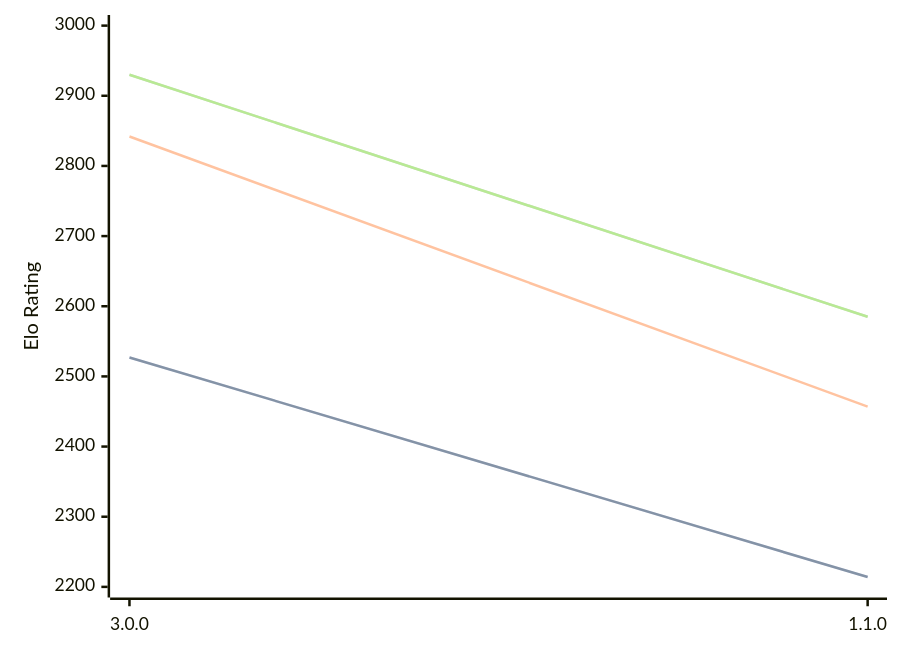
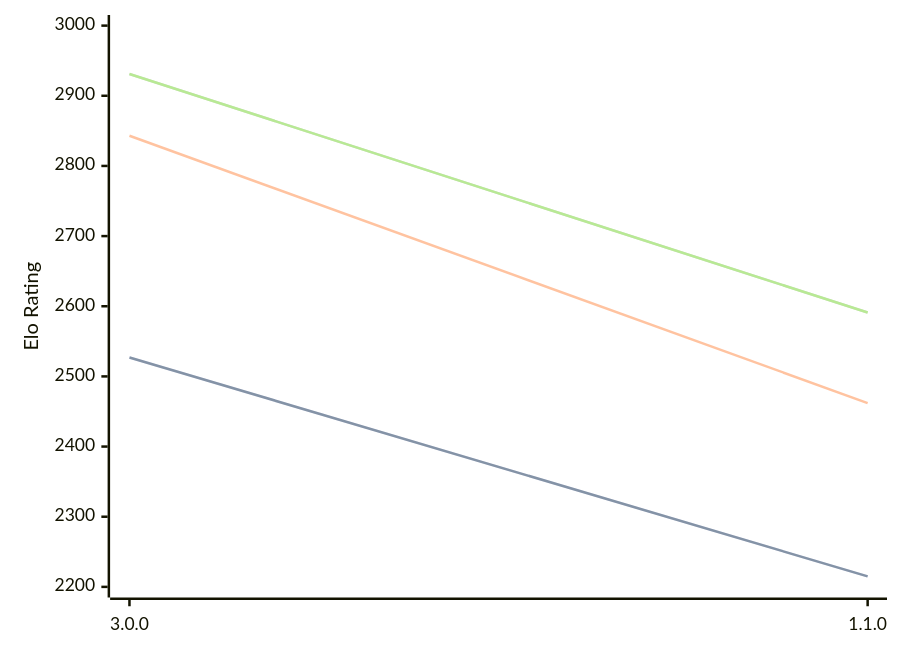
One commit to computer-chess-index/cci changed the diagram in engines/Potential.md. Above: the diagram before and after it, drawn with Mermaid. The commit also changed other lines of this file, not shown here.

Commit message:
Update CCI Ratings (ELO VLTC) - 2026-06-11

````diff
--- a/engines/Potential.md
+++ b/engines/Potential.md
@@ -34,11 +34,11 @@
 ```mermaid
 %%{init: {"theme":"base","themeVariables":{"seriesColors:['#a3a3a3','#222221','#faa371']}}}%%
 xychart-beta
   x-axis ["3.0.0", "1.1.0"]
   y-axis "Elo Rating" 2200 --> 3000
-  line "STC (8.0+0.08s)" [2527, 2214]
-  line "STC (8.0+0.08s)" [2527, 2214]
-  line "LTC (60.0+0.60s)" [2842, 2457]
-  line "VLTC (2m24s+1.12s)" [2930, 2585]
-  line "VLTC (2m24s+1.12s)" [2930, 2585]
+  line "STC (8.0+0.08s)" [2527, 2215]
+  line "STC (8.0+0.08s)" [2527, 2215]
+  line "LTC (60.0+0.60s)" [2843, 2462]
+  line "VLTC (2m24s+1.12s)" [2931, 2591]
+  line "VLTC (2m24s+1.12s)" [2931, 2591]
 ```
````
